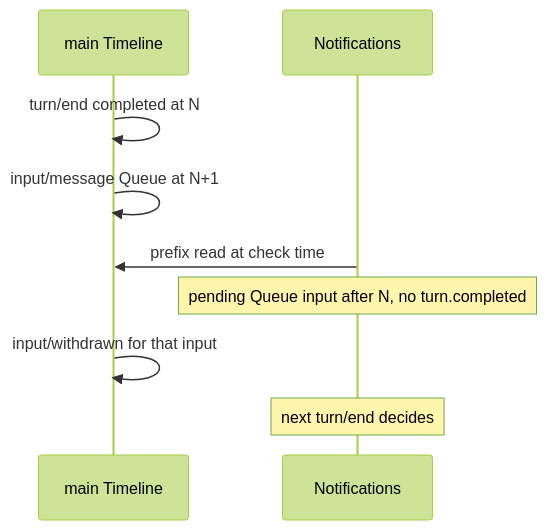
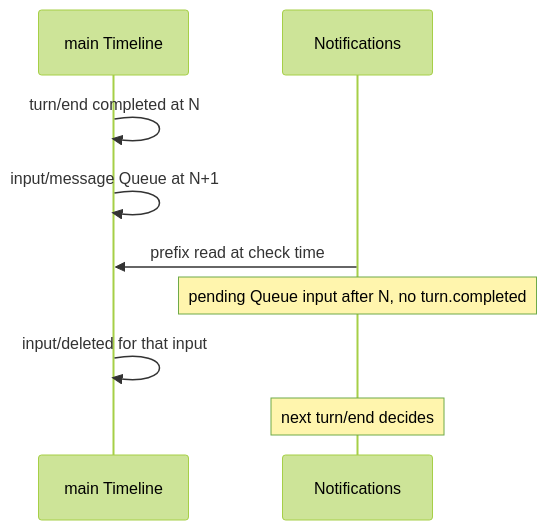
One commit to CoutinhoTTS/dim-agent changed the sixth of 6 diagrams in docs/design/plugins/Notifications.md. Above: the diagram before and after it, drawn with Mermaid (forest theme). The commit also changed other lines of this file and 18 other files, not shown here.

````diff
--- a/docs/design/plugins/Notifications.md
+++ b/docs/design/plugins/Notifications.md
@@ -132,11 +132,11 @@
 ```mermaid
 sequenceDiagram
   participant TL as main Timeline
   participant NP as Notifications
   TL->>TL: turn/end completed at N
   TL->>TL: input/message Queue at N+1
   NP->>TL: prefix read at check time
   Note over NP: pending Queue input after N, no turn.completed
-  TL->>TL: input/withdrawn for that input
+  TL->>TL: input/deleted for that input
   Note over NP: next turn/end decides
 ```
````
